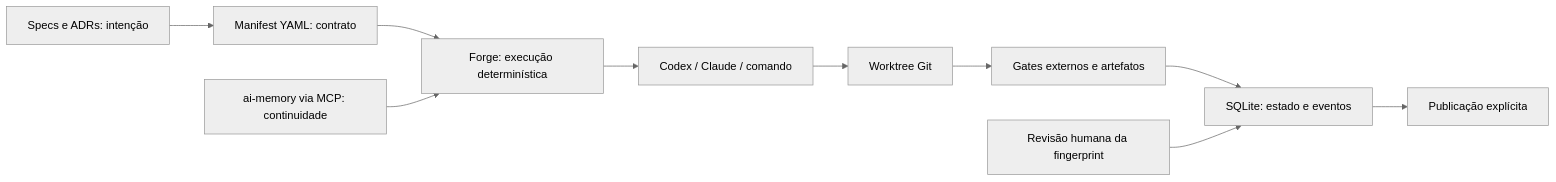
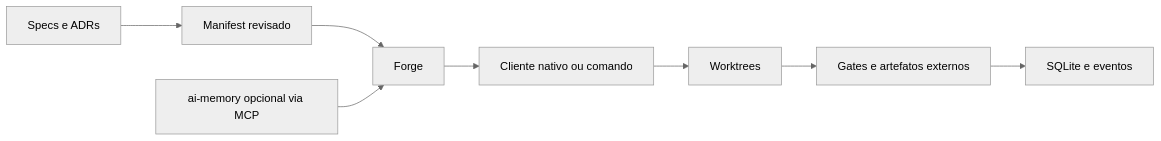
Before and after one commit to TheZehel/illumitech-forge: the diagram in README.md, drawn with Mermaid (neutral theme). The commit also changed other lines of this file and 720 other files, not shown here.

````diff
--- a/README.md
+++ b/README.md
@@ -59,12 +69,10 @@
 ```mermaid
 flowchart LR
-  S[Specs e ADRs: intenção] --> M[Manifest YAML: contrato]
-  M --> F[Forge: execução determinística]
-  F --> C[Codex / Claude / comando]
-  C --> W[Worktree Git]
-  W --> G[Gates externos e artefatos]
-  G --> D[SQLite: estado e eventos]
-  H[Revisão humana da fingerprint] --> D
-  A[ai-memory via MCP: continuidade] --> F
-  D --> P[Publicação explícita]
+  S[Specs e ADRs] --> M[Manifest revisado]
+  M --> F[Forge]
+  F --> C[Cliente nativo ou comando]
+  C --> W[Worktrees]
+  W --> G[Gates e artefatos externos]
+  G --> D[SQLite e eventos]
+  A[ai-memory opcional via MCP] --> F
 ```
````
